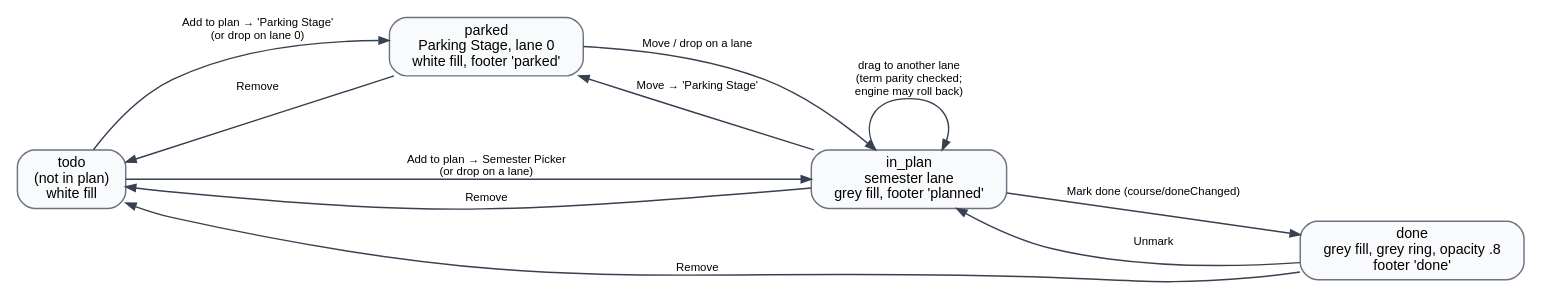
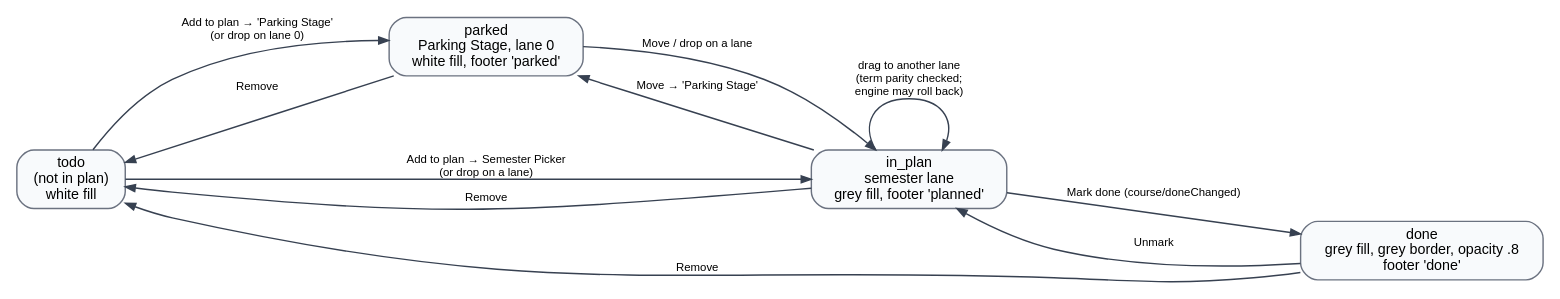
Before and after one commit to morischumacher/Diploma_Thesis: the diagram in context/code/figures/lifecycle.dot, drawn with Graphviz. The commit also changed 3 other files, not shown here.

```diff
--- a/context/code/figures/lifecycle.dot
+++ b/context/code/figures/lifecycle.dot
@@ -1,14 +1,14 @@
 digraph G {
   graph [rankdir=LR, fontname="Helvetica", fontsize=11, nodesep=0.5, ranksep=0.9];
   node [shape=box, style="rounded,filled", fontname="Helvetica", fontsize=10, fillcolor="#f8fafc", color="#6b7280"];
   edge [fontname="Helvetica", fontsize=8, color="#374151", arrowsize=0.7];
-  todo [label="todo\n(not in plan)\nwhite fill"]; parked [label="parked\nParking Stage, lane 0\nwhite fill, footer 'parked'"]; plan [label="in_plan\nsemester lane\ngrey fill, footer 'planned'"]; done [label="done\ngrey fill, grey ring, opacity .8\nfooter 'done'"];
+  todo [label="todo\n(not in plan)\nwhite fill"]; parked [label="parked\nParking Stage, lane 0\nwhite fill, footer 'parked'"]; plan [label="in_plan\nsemester lane\ngrey fill, footer 'planned'"]; done [label="done\ngrey fill, grey border, opacity .8\nfooter 'done'"];
   todo -> plan [label="Add to plan → Semester Picker\n(or drop on a lane)"];
   todo -> parked [label="Add to plan → 'Parking Stage'\n(or drop on lane 0)"];
   parked -> plan [label="Move / drop on a lane"];
   plan -> parked [label="Move → 'Parking Stage'"];
   plan -> done [label="Mark done (course/doneChanged)"];
   done -> plan [label="Unmark"];
   plan -> todo [label="Remove"]; parked -> todo [label="Remove"]; done -> todo [label="Remove"];
   plan -> plan [label="drag to another lane\n(term parity checked;\nengine may roll back)"];
 }
```
